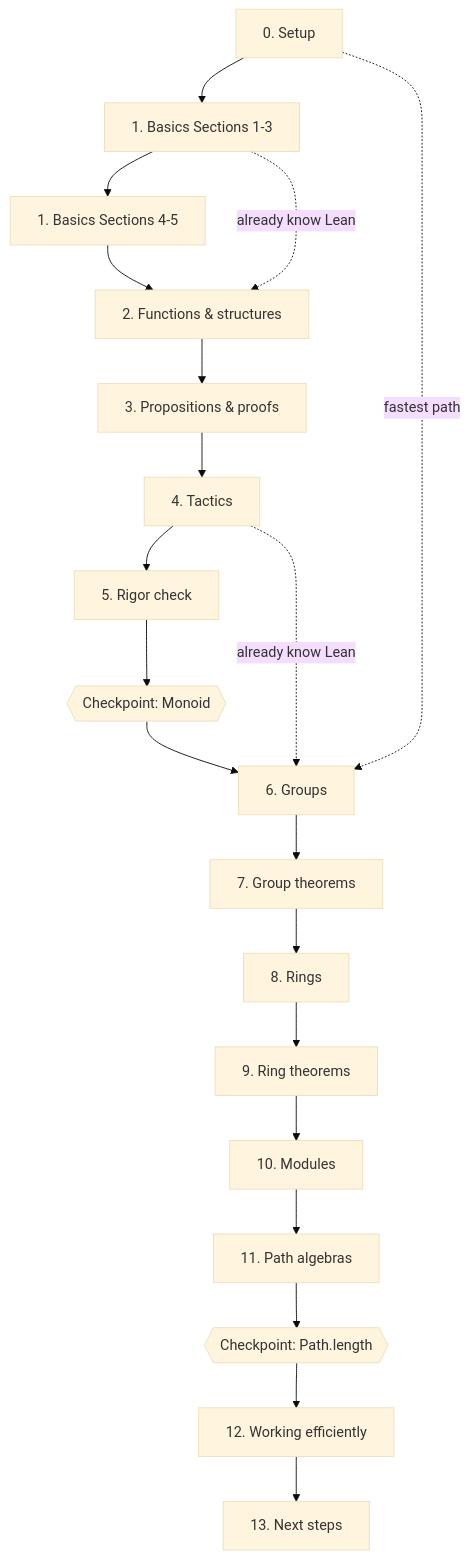
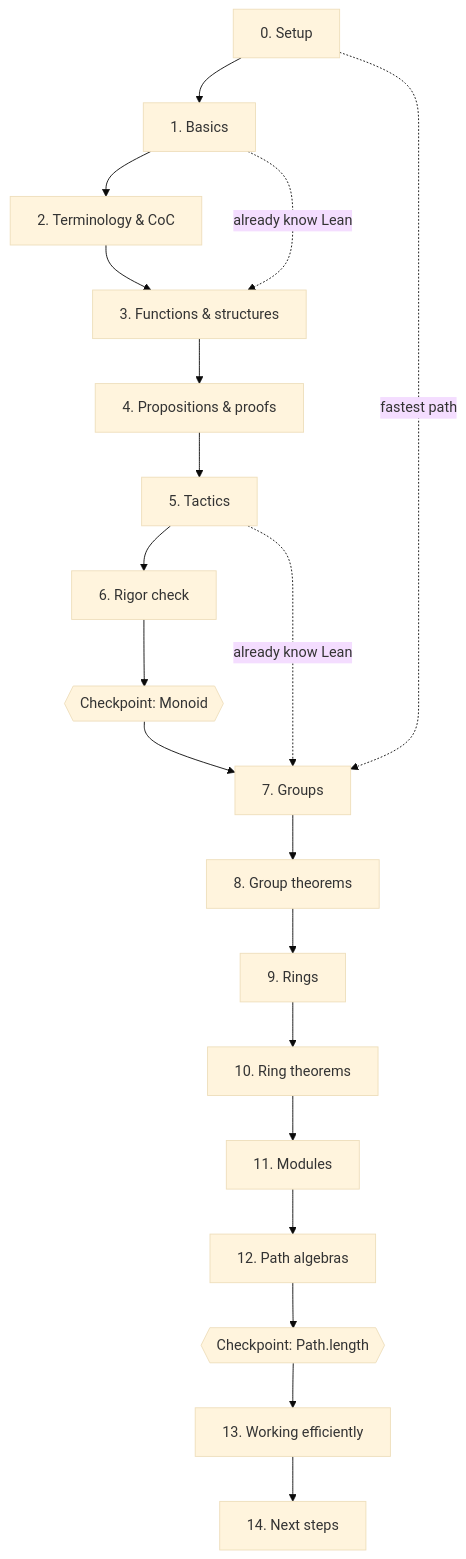
The diagram in lean_book/learning-paths.md (abderrahim-lectures/lean4-learning), drawn with Mermaid (base theme) before and after one commit. The commit also changed other lines of this file and 364 other files, not shown here.

````diff
--- a/lean_book/learning-paths.md
+++ b/lean_book/learning-paths.md
@@ -14,22 +14,22 @@
 ```mermaid
 graph TD
-    C0["0. Setup"] --> C1a["1. Basics Sections 1-3"]
-    C1a --> C1b["1. Basics Sections 4-5"]
-    C1b --> C2["2. Functions & structures"]
-    C2 --> C3["3. Propositions & proofs"]
-    C3 --> C4["4. Tactics"]
-    C4 --> C5["5. Rigor check"]
-    C5 --> CP1{{"Checkpoint: Monoid"}}
-    CP1 --> C6["6. Groups"]
-    C6 --> C7["7. Group theorems"]
-    C7 --> C8["8. Rings"]
-    C8 --> C9["9. Ring theorems"]
-    C9 --> C10["10. Modules"]
-    C10 --> C11["11. Path algebras"]
-    C11 --> CP2{{"Checkpoint: Path.length"}}
-    CP2 --> C12["12. Working efficiently"]
-    C12 --> C13["13. Next steps"]
-    C1a -.->|already know Lean| C2
-    C4 -.->|already know Lean| C6
-    C0 -.->|fastest path| C6
+    C0["0. Setup"] --> C1["1. Basics"]
+    C1 --> C2["2. Terminology & CoC"]
+    C2 --> C3["3. Functions & structures"]
+    C3 --> C4["4. Propositions & proofs"]
+    C4 --> C5["5. Tactics"]
+    C5 --> C6["6. Rigor check"]
+    C6 --> CP1{{"Checkpoint: Monoid"}}
+    CP1 --> C7["7. Groups"]
+    C7 --> C8["8. Group theorems"]
+    C8 --> C9["9. Rings"]
+    C9 --> C10["10. Ring theorems"]
+    C10 --> C11["11. Modules"]
+    C11 --> C12["12. Path algebras"]
+    C12 --> CP2{{"Checkpoint: Path.length"}}
+    CP2 --> C13["13. Working efficiently"]
+    C13 --> C14["14. Next steps"]
+    C1 -.->|already know Lean| C3
+    C5 -.->|already know Lean| C7
+    C0 -.->|fastest path| C7
 ```
````
